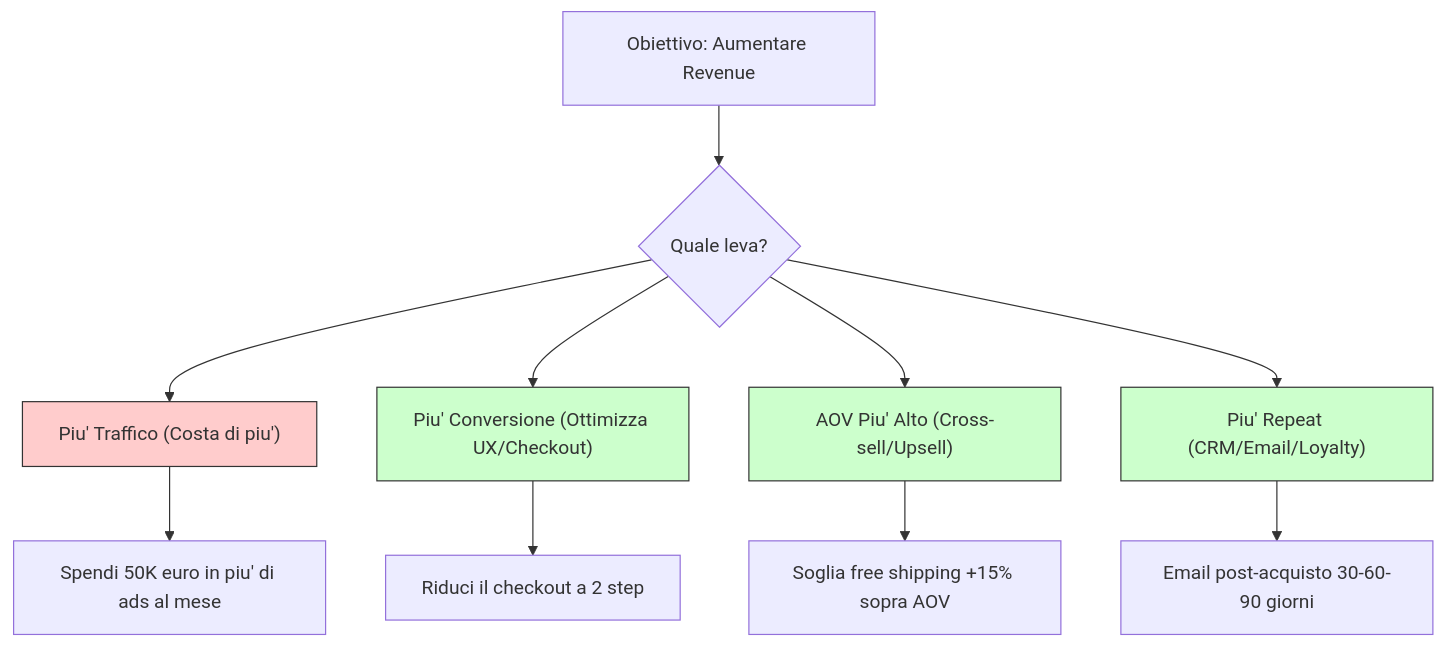
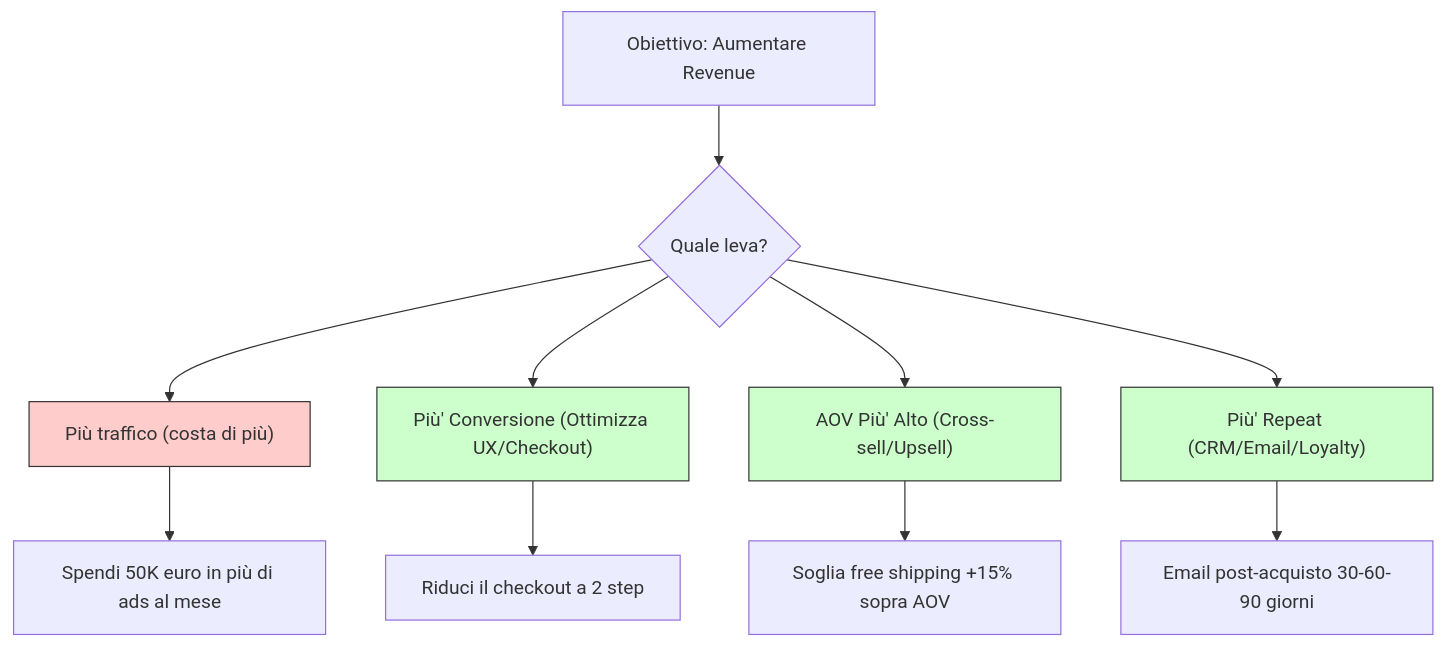
The diagram in src/content/blog/ecommerce-analytics.mdx (AndreyBertasini/gynnitech), drawn with Mermaid before and after one commit. The commit also changed other lines of this file and 77 other files, not shown here.

````diff
--- a/src/content/blog/ecommerce-analytics.mdx
+++ b/src/content/blog/ecommerce-analytics.mdx
@@ -225,18 +225,18 @@
 ```mermaid
 graph TD
     A["Obiettivo: Aumentare Revenue"] --> B{Quale leva?}
-    B --> C["Piu' Traffico (Costa di piu')"]
-    B --> D["Piu' Conversione (Ottimizza UX/Checkout)"]
-    B --> E["AOV Piu' Alto (Cross-sell/Upsell)"]
-    B --> F["Piu' Repeat (CRM/Email/Loyalty)"]
+    B --> C["Più traffico (costa di più)"]
+    B --> D["Più' Conversione (Ottimizza UX/Checkout)"]
+    B --> E["AOV Più' Alto (Cross-sell/Upsell)"]
+    B --> F["Più' Repeat (CRM/Email/Loyalty)"]
 
-    C --> G["Spendi 50K euro in piu' di ads al mese"]
+    C --> G["Spendi 50K euro in più di ads al mese"]
     D --> H["Riduci il checkout a 2 step"]
     E --> I["Soglia free shipping +15% sopra AOV"]
     F --> J["Email post-acquisto 30-60-90 giorni"]
 
     style D fill:#ccffcc,stroke:#333
     style E fill:#ccffcc,stroke:#333
     style F fill:#ccffcc,stroke:#333
     style C fill:#ffcccc,stroke:#333
 ```
````
